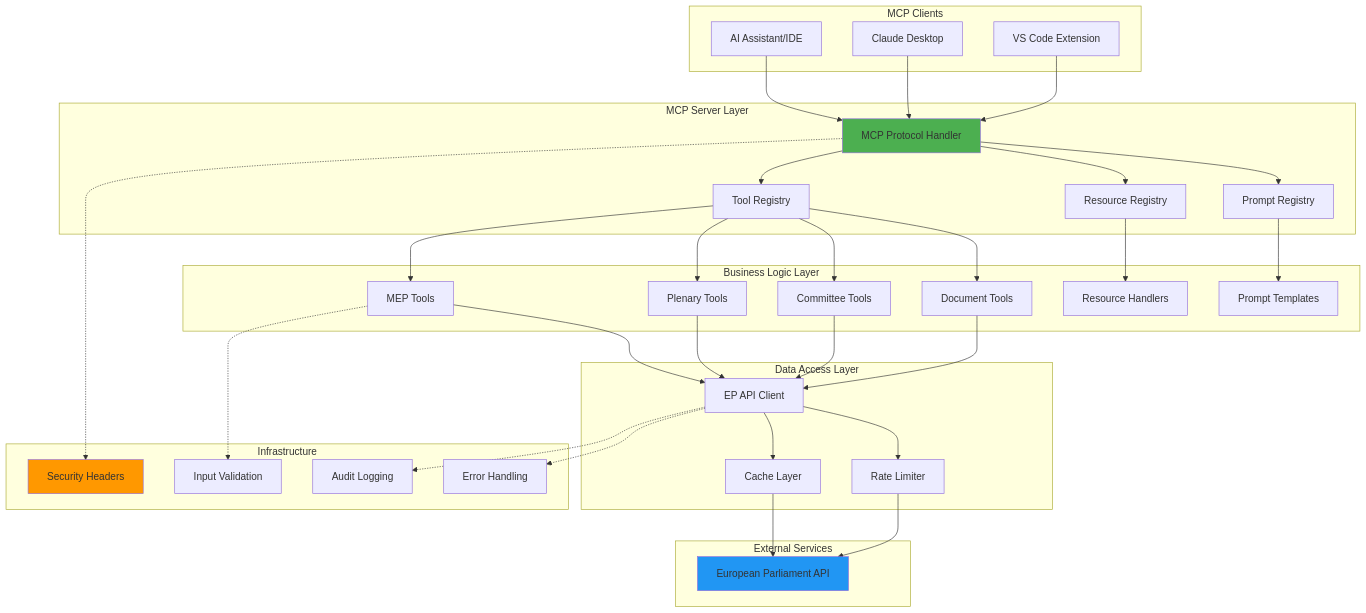
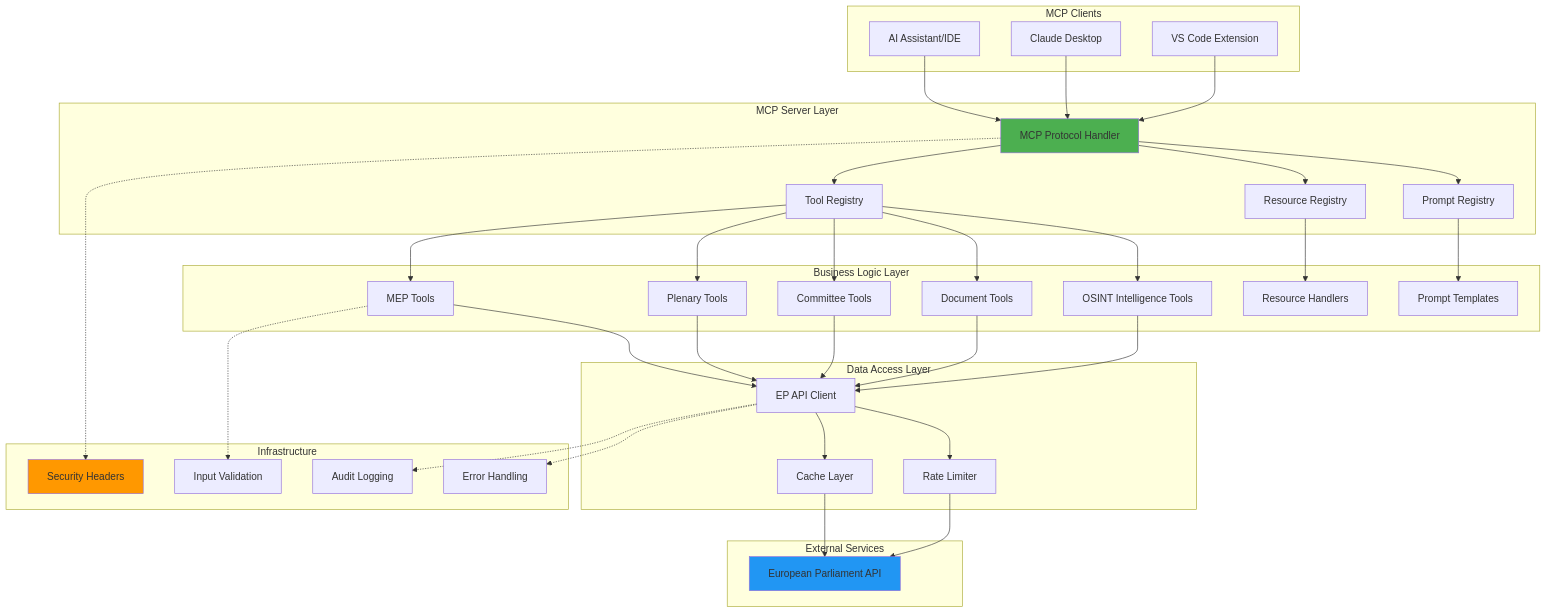
Before and after one commit to Hack23/European-Parliament-MCP-Server: the first of 3 diagrams in docs/api/media/ARCHITECTURE.md, drawn with Mermaid. The commit also changed other lines of this file and 272 other files, not shown here.

````diff
--- a/docs/api/media/ARCHITECTURE.md
+++ b/docs/api/media/ARCHITECTURE.md
@@ -64,58 +64,60 @@
 ```mermaid
 graph TB
     subgraph "MCP Clients"
         A[AI Assistant/IDE]
         B[Claude Desktop]
         C[VS Code Extension]
     end
     
     subgraph "MCP Server Layer"
         D[MCP Protocol Handler]
         D --> E[Tool Registry]
         D --> F[Resource Registry]
         D --> G[Prompt Registry]
     end
     
     subgraph "Business Logic Layer"
         E --> H[MEP Tools]
         E --> I[Plenary Tools]
         E --> J[Committee Tools]
         E --> K[Document Tools]
+        E --> H2[OSINT Intelligence Tools]
         F --> L[Resource Handlers]
         G --> M[Prompt Templates]
     end
     
     subgraph "Data Access Layer"
         H --> N[EP API Client]
         I --> N
         J --> N
         K --> N
+        H2 --> N
         N --> O[Cache Layer]
         N --> P[Rate Limiter]
     end
     
     subgraph "External Services"
         O --> Q[European Parliament API]
         P --> Q
     end
     
     subgraph "Infrastructure"
         R[Security Headers]
         S[Input Validation]
         T[Audit Logging]
         U[Error Handling]
     end
     
     D -.-> R
     H -.-> S
     N -.-> T
     N -.-> U
     
     A --> D
     B --> D
     C --> D
     
     style D fill:#4CAF50
     style Q fill:#2196F3
     style R fill:#FF9800
 ```
````
